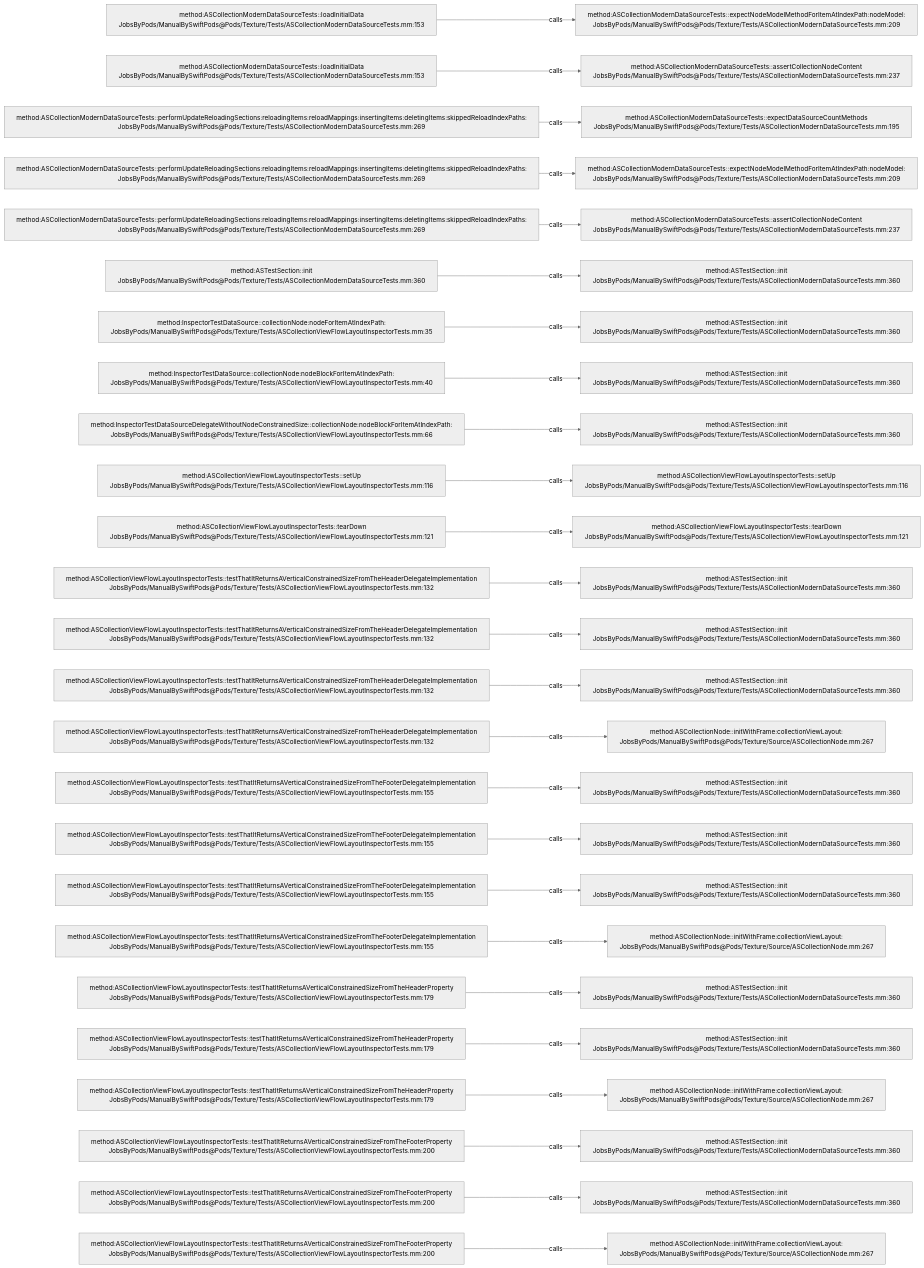
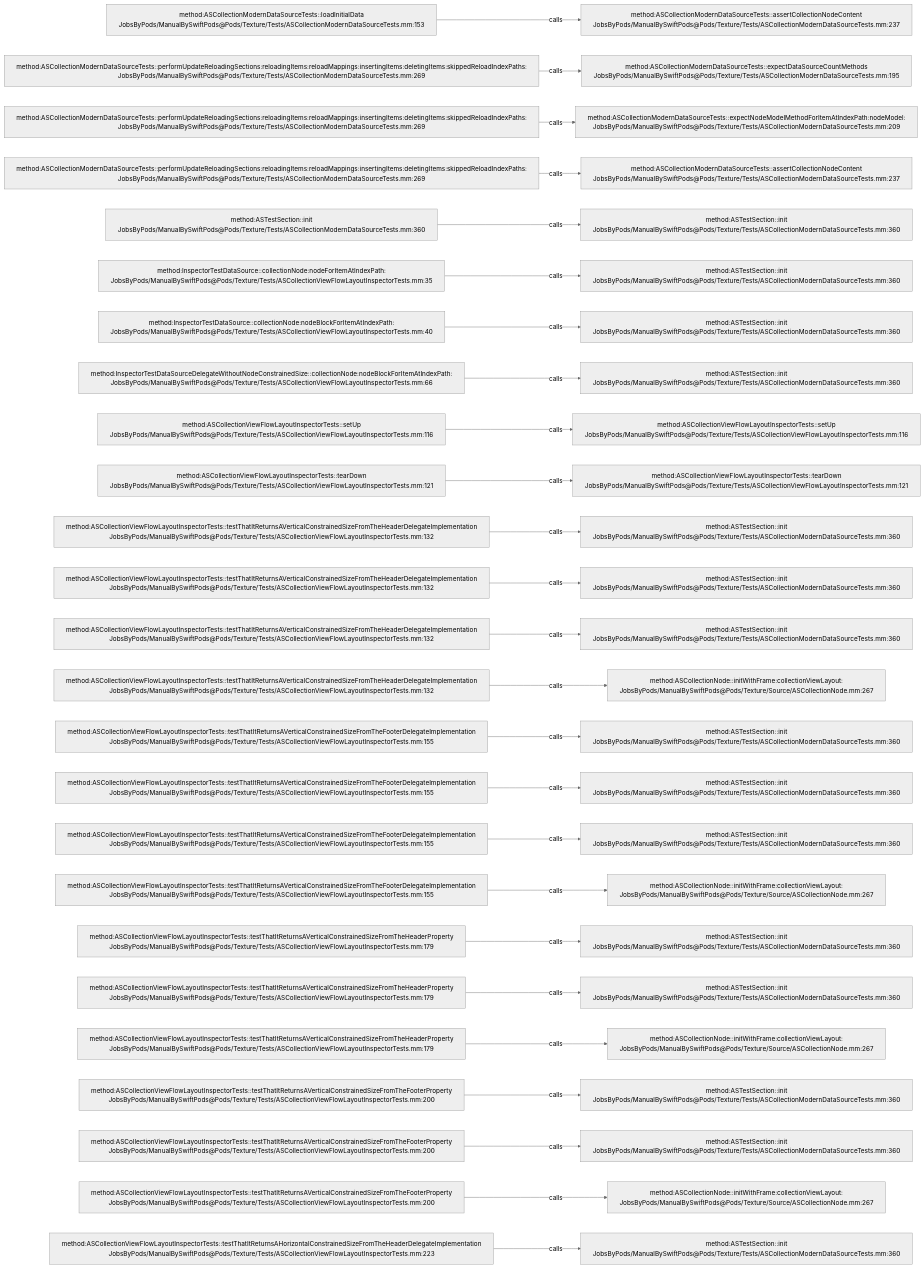
The diagram in .codegraph/codegraph.md/graphs/calls-168.md (JobsKits/JobsSwiftBaseConfigDemo), drawn with Mermaid (neutral theme) before and after one commit. The commit also changed 747 other files, not shown here.

````diff
--- a/.codegraph/codegraph.md/graphs/calls-168.md
+++ b/.codegraph/codegraph.md/graphs/calls-168.md
@@ -13,78 +13,78 @@
 ```mermaid
 flowchart LR
   S1["method:ASCollectionModernDataSourceTests::loadInitialData<br/>JobsByPods/ManualBySwiftPods@Pods/Texture/Tests/ASCollectionModernDataSourceTests.mm:153"]
-  T1["method:ASCollectionModernDataSourceTests::expectNodeModelMethodForItemAtIndexPath:nodeModel:<br/>JobsByPods/ManualBySwiftPods@Pods/Texture/Tests/ASCollectionModernDataSourceTests.mm:209"]
+  T1["method:ASCollectionModernDataSourceTests::assertCollectionNodeContent<br/>JobsByPods/ManualBySwiftPods@Pods/Texture/Tests/ASCollectionModernDataSourceTests.mm:237"]
   S1 -->|calls| T1
-  S2["method:ASCollectionModernDataSourceTests::loadInitialData<br/>JobsByPods/ManualBySwiftPods@Pods/Texture/Tests/ASCollectionModernDataSourceTests.mm:153"]
-  T2["method:ASCollectionModernDataSourceTests::assertCollectionNodeContent<br/>JobsByPods/ManualBySwiftPods@Pods/Texture/Tests/ASCollectionModernDataSourceTests.mm:237"]
+  S2["method:ASCollectionModernDataSourceTests::performUpdateReloadingSections:reloadingItems:reloadMappings:insertingItems:deletingItems:skippedReloadIndexPaths:<br/>JobsByPods/ManualBySwiftPods@Pods/Texture/Tests/ASCollectionModernDataSourceTests.mm:269"]
+  T2["method:ASCollectionModernDataSourceTests::expectDataSourceCountMethods<br/>JobsByPods/ManualBySwiftPods@Pods/Texture/Tests/ASCollectionModernDataSourceTests.mm:195"]
   S2 -->|calls| T2
   S3["method:ASCollectionModernDataSourceTests::performUpdateReloadingSections:reloadingItems:reloadMappings:insertingItems:deletingItems:skippedReloadIndexPaths:<br/>JobsByPods/ManualBySwiftPods@Pods/Texture/Tests/ASCollectionModernDataSourceTests.mm:269"]
-  T3["method:ASCollectionModernDataSourceTests::expectDataSourceCountMethods<br/>JobsByPods/ManualBySwiftPods@Pods/Texture/Tests/ASCollectionModernDataSourceTests.mm:195"]
+  T3["method:ASCollectionModernDataSourceTests::expectNodeModelMethodForItemAtIndexPath:nodeModel:<br/>JobsByPods/ManualBySwiftPods@Pods/Texture/Tests/ASCollectionModernDataSourceTests.mm:209"]
   S3 -->|calls| T3
   S4["method:ASCollectionModernDataSourceTests::performUpdateReloadingSections:reloadingItems:reloadMappings:insertingItems:deletingItems:skippedReloadIndexPaths:<br/>JobsByPods/ManualBySwiftPods@Pods/Texture/Tests/ASCollectionModernDataSourceTests.mm:269"]
-  T4["method:ASCollectionModernDataSourceTests::expectNodeModelMethodForItemAtIndexPath:nodeModel:<br/>JobsByPods/ManualBySwiftPods@Pods/Texture/Tests/ASCollectionModernDataSourceTests.mm:209"]
+  T4["method:ASCollectionModernDataSourceTests::assertCollectionNodeContent<br/>JobsByPods/ManualBySwiftPods@Pods/Texture/Tests/ASCollectionModernDataSourceTests.mm:237"]
   S4 -->|calls| T4
-  S5["method:ASCollectionModernDataSourceTests::performUpdateReloadingSections:reloadingItems:reloadMappings:insertingItems:deletingItems:skippedReloadIndexPaths:<br/>JobsByPods/ManualBySwiftPods@Pods/Texture/Tests/ASCollectionModernDataSourceTests.mm:269"]
-  T5["method:ASCollectionModernDataSourceTests::assertCollectionNodeContent<br/>JobsByPods/ManualBySwiftPods@Pods/Texture/Tests/ASCollectionModernDataSourceTests.mm:237"]
+  S5["method:ASTestSection::init<br/>JobsByPods/ManualBySwiftPods@Pods/Texture/Tests/ASCollectionModernDataSourceTests.mm:360"]
+  T5["method:ASTestSection::init<br/>JobsByPods/ManualBySwiftPods@Pods/Texture/Tests/ASCollectionModernDataSourceTests.mm:360"]
   S5 -->|calls| T5
-  S6["method:ASTestSection::init<br/>JobsByPods/ManualBySwiftPods@Pods/Texture/Tests/ASCollectionModernDataSourceTests.mm:360"]
+  S6["method:InspectorTestDataSource::collectionNode:nodeForItemAtIndexPath:<br/>JobsByPods/ManualBySwiftPods@Pods/Texture/Tests/ASCollectionViewFlowLayoutInspectorTests.mm:35"]
   T6["method:ASTestSection::init<br/>JobsByPods/ManualBySwiftPods@Pods/Texture/Tests/ASCollectionModernDataSourceTests.mm:360"]
   S6 -->|calls| T6
-  S7["method:InspectorTestDataSource::collectionNode:nodeForItemAtIndexPath:<br/>JobsByPods/ManualBySwiftPods@Pods/Texture/Tests/ASCollectionViewFlowLayoutInspectorTests.mm:35"]
+  S7["method:InspectorTestDataSource::collectionNode:nodeBlockForItemAtIndexPath:<br/>JobsByPods/ManualBySwiftPods@Pods/Texture/Tests/ASCollectionViewFlowLayoutInspectorTests.mm:40"]
   T7["method:ASTestSection::init<br/>JobsByPods/ManualBySwiftPods@Pods/Texture/Tests/ASCollectionModernDataSourceTests.mm:360"]
   S7 -->|calls| T7
-  S8["method:InspectorTestDataSource::collectionNode:nodeBlockForItemAtIndexPath:<br/>JobsByPods/ManualBySwiftPods@Pods/Texture/Tests/ASCollectionViewFlowLayoutInspectorTests.mm:40"]
+  S8["method:InspectorTestDataSourceDelegateWithoutNodeConstrainedSize::collectionNode:nodeBlockForItemAtIndexPath:<br/>JobsByPods/ManualBySwiftPods@Pods/Texture/Tests/ASCollectionViewFlowLayoutInspectorTests.mm:66"]
   T8["method:ASTestSection::init<br/>JobsByPods/ManualBySwiftPods@Pods/Texture/Tests/ASCollectionModernDataSourceTests.mm:360"]
   S8 -->|calls| T8
-  S9["method:InspectorTestDataSourceDelegateWithoutNodeConstrainedSize::collectionNode:nodeBlockForItemAtIndexPath:<br/>JobsByPods/ManualBySwiftPods@Pods/Texture/Tests/ASCollectionViewFlowLayoutInspectorTests.mm:66"]
-  T9["method:ASTestSection::init<br/>JobsByPods/ManualBySwiftPods@Pods/Texture/Tests/ASCollectionModernDataSourceTests.mm:360"]
+  S9["method:ASCollectionViewFlowLayoutInspectorTests::setUp<br/>JobsByPods/ManualBySwiftPods@Pods/Texture/Tests/ASCollectionViewFlowLayoutInspectorTests.mm:116"]
+  T9["method:ASCollectionViewFlowLayoutInspectorTests::setUp<br/>JobsByPods/ManualBySwiftPods@Pods/Texture/Tests/ASCollectionViewFlowLayoutInspectorTests.mm:116"]
   S9 -->|calls| T9
-  S10["method:ASCollectionViewFlowLayoutInspectorTests::setUp<br/>JobsByPods/ManualBySwiftPods@Pods/Texture/Tests/ASCollectionViewFlowLayoutInspectorTests.mm:116"]
-  T10["method:ASCollectionViewFlowLayoutInspectorTests::setUp<br/>JobsByPods/ManualBySwiftPods@Pods/Texture/Tests/ASCollectionViewFlowLayoutInspectorTests.mm:116"]
+  S10["method:ASCollectionViewFlowLayoutInspectorTests::tearDown<br/>JobsByPods/ManualBySwiftPods@Pods/Texture/Tests/ASCollectionViewFlowLayoutInspectorTests.mm:121"]
+  T10["method:ASCollectionViewFlowLayoutInspectorTests::tearDown<br/>JobsByPods/ManualBySwiftPods@Pods/Texture/Tests/ASCollectionViewFlowLayoutInspectorTests.mm:121"]
   S10 -->|calls| T10
-  S11["method:ASCollectionViewFlowLayoutInspectorTests::tearDown<br/>JobsByPods/ManualBySwiftPods@Pods/Texture/Tests/ASCollectionViewFlowLayoutInspectorTests.mm:121"]
-  T11["method:ASCollectionViewFlowLayoutInspectorTests::tearDown<br/>JobsByPods/ManualBySwiftPods@Pods/Texture/Tests/ASCollectionViewFlowLayoutInspectorTests.mm:121"]
+  S11["method:ASCollectionViewFlowLayoutInspectorTests::testThatItReturnsAVerticalConstrainedSizeFromTheHeaderDelegateImplementation<br/>JobsByPods/ManualBySwiftPods@Pods/Texture/Tests/ASCollectionViewFlowLayoutInspectorTests.mm:132"]
+  T11["method:ASTestSection::init<br/>JobsByPods/ManualBySwiftPods@Pods/Texture/Tests/ASCollectionModernDataSourceTests.mm:360"]
   S11 -->|calls| T11
   S12["method:ASCollectionViewFlowLayoutInspectorTests::testThatItReturnsAVerticalConstrainedSizeFromTheHeaderDelegateImplementation<br/>JobsByPods/ManualBySwiftPods@Pods/Texture/Tests/ASCollectionViewFlowLayoutInspectorTests.mm:132"]
   T12["method:ASTestSection::init<br/>JobsByPods/ManualBySwiftPods@Pods/Texture/Tests/ASCollectionModernDataSourceTests.mm:360"]
   S12 -->|calls| T12
   S13["method:ASCollectionViewFlowLayoutInspectorTests::testThatItReturnsAVerticalConstrainedSizeFromTheHeaderDelegateImplementation<br/>JobsByPods/ManualBySwiftPods@Pods/Texture/Tests/ASCollectionViewFlowLayoutInspectorTests.mm:132"]
   T13["method:ASTestSection::init<br/>JobsByPods/ManualBySwiftPods@Pods/Texture/Tests/ASCollectionModernDataSourceTests.mm:360"]
   S13 -->|calls| T13
   S14["method:ASCollectionViewFlowLayoutInspectorTests::testThatItReturnsAVerticalConstrainedSizeFromTheHeaderDelegateImplementation<br/>JobsByPods/ManualBySwiftPods@Pods/Texture/Tests/ASCollectionViewFlowLayoutInspectorTests.mm:132"]
-  T14["method:ASTestSection::init<br/>JobsByPods/ManualBySwiftPods@Pods/Texture/Tests/ASCollectionModernDataSourceTests.mm:360"]
+  T14["method:ASCollectionNode::initWithFrame:collectionViewLayout:<br/>JobsByPods/ManualBySwiftPods@Pods/Texture/Source/ASCollectionNode.mm:267"]
   S14 -->|calls| T14
-  S15["method:ASCollectionViewFlowLayoutInspectorTests::testThatItReturnsAVerticalConstrainedSizeFromTheHeaderDelegateImplementation<br/>JobsByPods/ManualBySwiftPods@Pods/Texture/Tests/ASCollectionViewFlowLayoutInspectorTests.mm:132"]
-  T15["method:ASCollectionNode::initWithFrame:collectionViewLayout:<br/>JobsByPods/ManualBySwiftPods@Pods/Texture/Source/ASCollectionNode.mm:267"]
+  S15["method:ASCollectionViewFlowLayoutInspectorTests::testThatItReturnsAVerticalConstrainedSizeFromTheFooterDelegateImplementation<br/>JobsByPods/ManualBySwiftPods@Pods/Texture/Tests/ASCollectionViewFlowLayoutInspectorTests.mm:155"]
+  T15["method:ASTestSection::init<br/>JobsByPods/ManualBySwiftPods@Pods/Texture/Tests/ASCollectionModernDataSourceTests.mm:360"]
   S15 -->|calls| T15
   S16["method:ASCollectionViewFlowLayoutInspectorTests::testThatItReturnsAVerticalConstrainedSizeFromTheFooterDelegateImplementation<br/>JobsByPods/ManualBySwiftPods@Pods/Texture/Tests/ASCollectionViewFlowLayoutInspectorTests.mm:155"]
   T16["method:ASTestSection::init<br/>JobsByPods/ManualBySwiftPods@Pods/Texture/Tests/ASCollectionModernDataSourceTests.mm:360"]
   S16 -->|calls| T16
   S17["method:ASCollectionViewFlowLayoutInspectorTests::testThatItReturnsAVerticalConstrainedSizeFromTheFooterDelegateImplementation<br/>JobsByPods/ManualBySwiftPods@Pods/Texture/Tests/ASCollectionViewFlowLayoutInspectorTests.mm:155"]
   T17["method:ASTestSection::init<br/>JobsByPods/ManualBySwiftPods@Pods/Texture/Tests/ASCollectionModernDataSourceTests.mm:360"]
   S17 -->|calls| T17
   S18["method:ASCollectionViewFlowLayoutInspectorTests::testThatItReturnsAVerticalConstrainedSizeFromTheFooterDelegateImplementation<br/>JobsByPods/ManualBySwiftPods@Pods/Texture/Tests/ASCollectionViewFlowLayoutInspectorTests.mm:155"]
-  T18["method:ASTestSection::init<br/>JobsByPods/ManualBySwiftPods@Pods/Texture/Tests/ASCollectionModernDataSourceTests.mm:360"]
+  T18["method:ASCollectionNode::initWithFrame:collectionViewLayout:<br/>JobsByPods/ManualBySwiftPods@Pods/Texture/Source/ASCollectionNode.mm:267"]
   S18 -->|calls| T18
-  S19["method:ASCollectionViewFlowLayoutInspectorTests::testThatItReturnsAVerticalConstrainedSizeFromTheFooterDelegateImplementation<br/>JobsByPods/ManualBySwiftPods@Pods/Texture/Tests/ASCollectionViewFlowLayoutInspectorTests.mm:155"]
-  T19["method:ASCollectionNode::initWithFrame:collectionViewLayout:<br/>JobsByPods/ManualBySwiftPods@Pods/Texture/Source/ASCollectionNode.mm:267"]
+  S19["method:ASCollectionViewFlowLayoutInspectorTests::testThatItReturnsAVerticalConstrainedSizeFromTheHeaderProperty<br/>JobsByPods/ManualBySwiftPods@Pods/Texture/Tests/ASCollectionViewFlowLayoutInspectorTests.mm:179"]
+  T19["method:ASTestSection::init<br/>JobsByPods/ManualBySwiftPods@Pods/Texture/Tests/ASCollectionModernDataSourceTests.mm:360"]
   S19 -->|calls| T19
   S20["method:ASCollectionViewFlowLayoutInspectorTests::testThatItReturnsAVerticalConstrainedSizeFromTheHeaderProperty<br/>JobsByPods/ManualBySwiftPods@Pods/Texture/Tests/ASCollectionViewFlowLayoutInspectorTests.mm:179"]
   T20["method:ASTestSection::init<br/>JobsByPods/ManualBySwiftPods@Pods/Texture/Tests/ASCollectionModernDataSourceTests.mm:360"]
   S20 -->|calls| T20
   S21["method:ASCollectionViewFlowLayoutInspectorTests::testThatItReturnsAVerticalConstrainedSizeFromTheHeaderProperty<br/>JobsByPods/ManualBySwiftPods@Pods/Texture/Tests/ASCollectionViewFlowLayoutInspectorTests.mm:179"]
-  T21["method:ASTestSection::init<br/>JobsByPods/ManualBySwiftPods@Pods/Texture/Tests/ASCollectionModernDataSourceTests.mm:360"]
+  T21["method:ASCollectionNode::initWithFrame:collectionViewLayout:<br/>JobsByPods/ManualBySwiftPods@Pods/Texture/Source/ASCollectionNode.mm:267"]
   S21 -->|calls| T21
-  S22["method:ASCollectionViewFlowLayoutInspectorTests::testThatItReturnsAVerticalConstrainedSizeFromTheHeaderProperty<br/>JobsByPods/ManualBySwiftPods@Pods/Texture/Tests/ASCollectionViewFlowLayoutInspectorTests.mm:179"]
-  T22["method:ASCollectionNode::initWithFrame:collectionViewLayout:<br/>JobsByPods/ManualBySwiftPods@Pods/Texture/Source/ASCollectionNode.mm:267"]
+  S22["method:ASCollectionViewFlowLayoutInspectorTests::testThatItReturnsAVerticalConstrainedSizeFromTheFooterProperty<br/>JobsByPods/ManualBySwiftPods@Pods/Texture/Tests/ASCollectionViewFlowLayoutInspectorTests.mm:200"]
+  T22["method:ASTestSection::init<br/>JobsByPods/ManualBySwiftPods@Pods/Texture/Tests/ASCollectionModernDataSourceTests.mm:360"]
   S22 -->|calls| T22
   S23["method:ASCollectionViewFlowLayoutInspectorTests::testThatItReturnsAVerticalConstrainedSizeFromTheFooterProperty<br/>JobsByPods/ManualBySwiftPods@Pods/Texture/Tests/ASCollectionViewFlowLayoutInspectorTests.mm:200"]
   T23["method:ASTestSection::init<br/>JobsByPods/ManualBySwiftPods@Pods/Texture/Tests/ASCollectionModernDataSourceTests.mm:360"]
   S23 -->|calls| T23
   S24["method:ASCollectionViewFlowLayoutInspectorTests::testThatItReturnsAVerticalConstrainedSizeFromTheFooterProperty<br/>JobsByPods/ManualBySwiftPods@Pods/Texture/Tests/ASCollectionViewFlowLayoutInspectorTests.mm:200"]
-  T24["method:ASTestSection::init<br/>JobsByPods/ManualBySwiftPods@Pods/Texture/Tests/ASCollectionModernDataSourceTests.mm:360"]
+  T24["method:ASCollectionNode::initWithFrame:collectionViewLayout:<br/>JobsByPods/ManualBySwiftPods@Pods/Texture/Source/ASCollectionNode.mm:267"]
   S24 -->|calls| T24
-  S25["method:ASCollectionViewFlowLayoutInspectorTests::testThatItReturnsAVerticalConstrainedSizeFromTheFooterProperty<br/>JobsByPods/ManualBySwiftPods@Pods/Texture/Tests/ASCollectionViewFlowLayoutInspectorTests.mm:200"]
-  T25["method:ASCollectionNode::initWithFrame:collectionViewLayout:<br/>JobsByPods/ManualBySwiftPods@Pods/Texture/Source/ASCollectionNode.mm:267"]
+  S25["method:ASCollectionViewFlowLayoutInspectorTests::testThatItReturnsAHorizontalConstrainedSizeFromTheHeaderDelegateImplementation<br/>JobsByPods/ManualBySwiftPods@Pods/Texture/Tests/ASCollectionViewFlowLayoutInspectorTests.mm:223"]
+  T25["method:ASTestSection::init<br/>JobsByPods/ManualBySwiftPods@Pods/Texture/Tests/ASCollectionModernDataSourceTests.mm:360"]
   S25 -->|calls| T25
 ```
````
